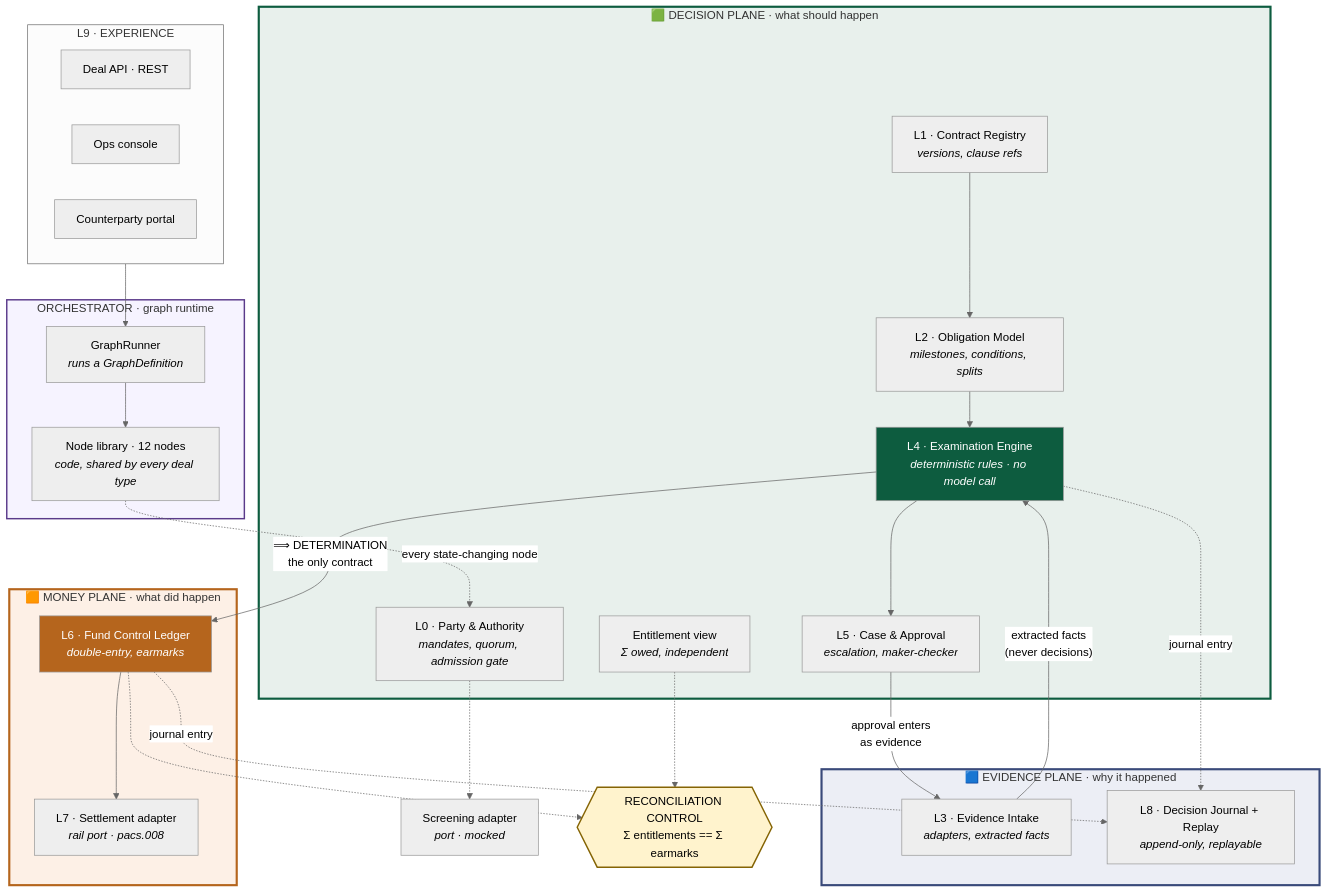
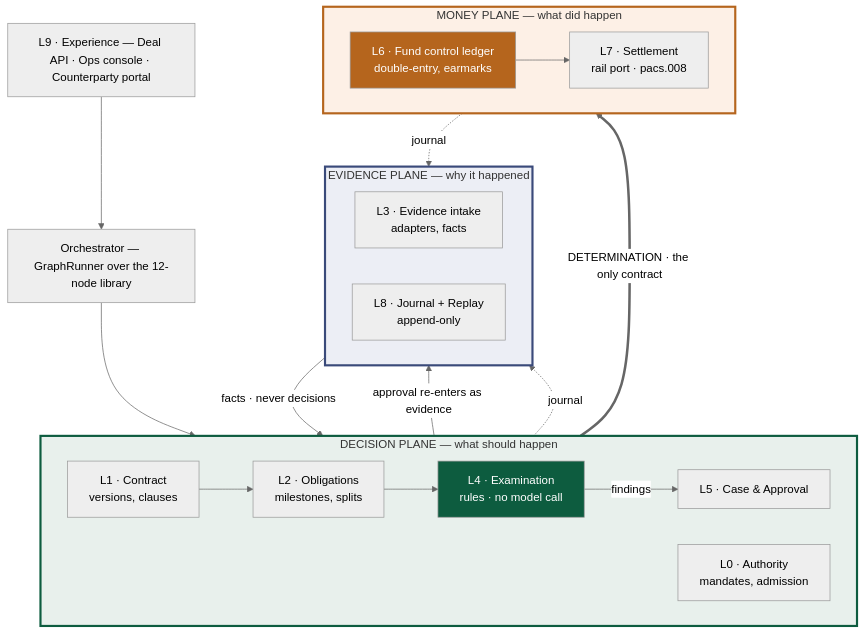
Before and after one commit to pratikhunny/verdict: the second of 12 diagrams in docs/02-hld.md, drawn with Mermaid (neutral theme). The commit also changed other lines of this file, not shown here.

````diff
--- a/docs/02-hld.md
+++ b/docs/02-hld.md
@@ -93,59 +96,41 @@
 ```mermaid
 flowchart TB
-    subgraph exp["L9 · EXPERIENCE"]
-        api["Deal API · REST"]
-        console["Ops console"]
-        portal["Counterparty portal"]
+    exp["L9 · Experience — Deal API · Ops console · Counterparty portal"]
+    orch["Orchestrator — GraphRunner over the 12-node library"]
+
+    subgraph dec["DECISION PLANE — what should happen"]
+        direction LR
+        l1["L1 · Contract<br/>versions, clauses"]
+        l2["L2 · Obligations<br/>milestones, splits"]
+        l4["L4 · Examination<br/>rules · no model call"]
+        l0["L0 · Authority<br/>mandates, admission"]
+        l5["L5 · Case &amp; Approval"]
+        l1 --> l2 --> l4
     end
 
-    subgraph orch["ORCHESTRATOR · graph runtime"]
-        runner["GraphRunner<br/><i>runs a GraphDefinition</i>"]
-        nodes["Node library · 12 nodes<br/><i>code, shared by every deal type</i>"]
+    subgraph ev["EVIDENCE PLANE — why it happened"]
+        direction LR
+        l3["L3 · Evidence intake<br/>adapters, facts"]
+        l8["L8 · Journal + Replay<br/>append-only"]
     end
 
-    subgraph dec["🟩 DECISION PLANE · what should happen"]
-        l0["L0 · Party &amp; Authority<br/><i>mandates, quorum, admission gate</i>"]
-        l1["L1 · Contract Registry<br/><i>versions, clause refs</i>"]
-        l2["L2 · Obligation Model<br/><i>milestones, conditions, splits</i>"]
-        l4["L4 · Examination Engine<br/><i>deterministic rules · no model call</i>"]
-        l5["L5 · Case &amp; Approval<br/><i>escalation, maker-checker</i>"]
-        ent["Entitlement view<br/><i>Σ owed, independent</i>"]
+    subgraph mon["MONEY PLANE — what did happen"]
+        direction LR
+        l6["L6 · Fund control ledger<br/>double-entry, earmarks"]
+        l7["L7 · Settlement<br/>rail port · pacs.008"]
+        l6 --> l7
     end
 
-    subgraph ev["🟦 EVIDENCE PLANE · why it happened"]
-        l3["L3 · Evidence Intake<br/><i>adapters, extracted facts</i>"]
-        l8["L8 · Decision Journal + Replay<br/><i>append-only, replayable</i>"]
-    end
-
-    subgraph mon["🟧 MONEY PLANE · what did happen"]
-        l6["L6 · Fund Control Ledger<br/><i>double-entry, earmarks</i>"]
-        l7["L7 · Settlement adapter<br/><i>rail port · pacs.008</i>"]
-    end
-
-    scr["Screening adapter<br/><i>port · mocked</i>"]
-
-    exp --> runner
-    runner --> nodes
-    nodes -.->|"every state-changing node"| l0
-    l0 -.-> scr
-    l1 --> l2 --> l4
-    l3 -->|"extracted facts<br/>(never decisions)"| l4
-    l4 -->|"⟹ DETERMINATION<br/>the only contract"| l6
-    l4 --> l5
-    l5 -->|"approval enters<br/>as evidence"| l3
-    l6 --> l7
-    l4 -.->|"journal entry"| l8
-    l6 -.->|"journal entry"| l8
-
-    recon{{"RECONCILIATION CONTROL<br/>Σ entitlements == Σ earmarks"}}
-    ent -.-> recon
-    l6 -.-> recon
+    exp --> orch --> dec
+    l3 -->|"facts · never decisions"| l4
+    l4 ==>|"DETERMINATION · the only contract"| l6
+    l4 -->|"findings"| l5 -->|"approval re-enters as evidence"| l3
+    l4 -.->|"journal"| l8
+    l6 -.->|"journal"| l8
 
     style dec fill:#e8f0ec,stroke:#0d5c3f,stroke-width:3px
+    style ev fill:#eceef5,stroke:#3a4a7a,stroke-width:3px
     style mon fill:#fdf0e6,stroke:#b5651d,stroke-width:3px
-    style ev fill:#eceef5,stroke:#3a4a7a,stroke-width:3px
-    style orch fill:#f6f3ff,stroke:#5a3a8a,stroke-width:2px
-    style recon fill:#fff3cd,stroke:#856404,stroke-width:2px
     style l4 fill:#0d5c3f,color:#fff
     style l6 fill:#b5651d,color:#fff
 ```
````
